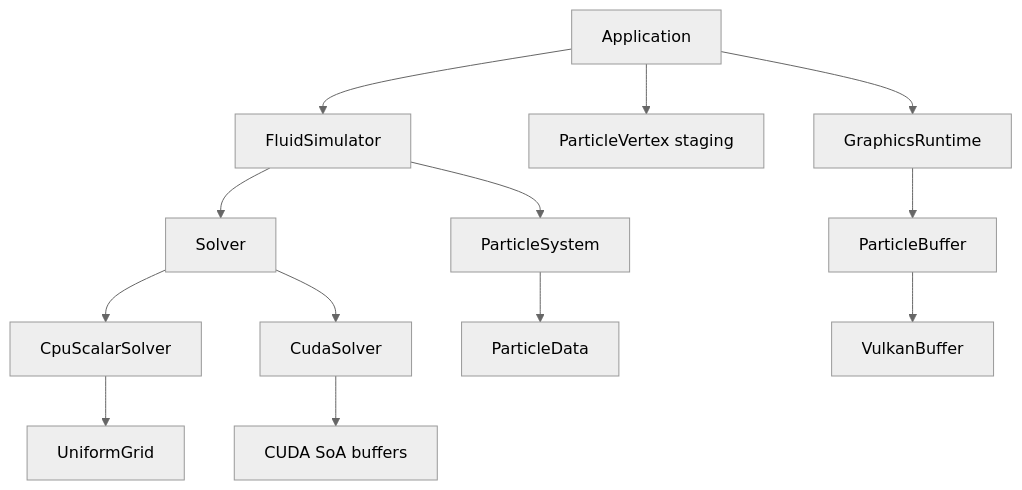
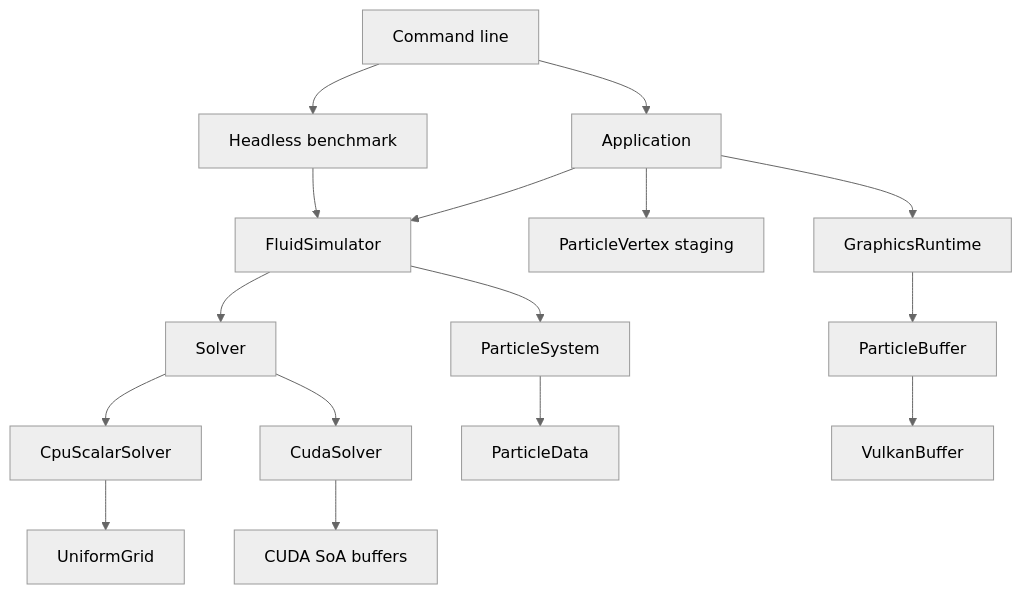
One commit to JustARandomBadDev/fluid-simulator changed the diagram in README.md. Above: the diagram before and after it, drawn with Mermaid (neutral theme). The commit also changed other lines of this file and 22 other files, not shown here.

````diff
--- a/README.md
+++ b/README.md
@@ -109,19 +134,21 @@
 ```mermaid
 flowchart TB
-    A[Application]
+    CLI[Command line] --> A[Application]
+    CLI --> N[Headless benchmark]
     A --> B[FluidSimulator]
+    N --> B
     A --> H[ParticleVertex staging]
     A --> I[GraphicsRuntime]
 
     B --> C[Solver]
     C --> D[CpuScalarSolver]
     D --> E[UniformGrid]
     C --> L[CudaSolver]
     L --> M[CUDA SoA buffers]
 
     B --> F[ParticleSystem]
     F --> G[ParticleData]
 
     I --> J[ParticleBuffer]
     J --> K[VulkanBuffer]
 ```
````
